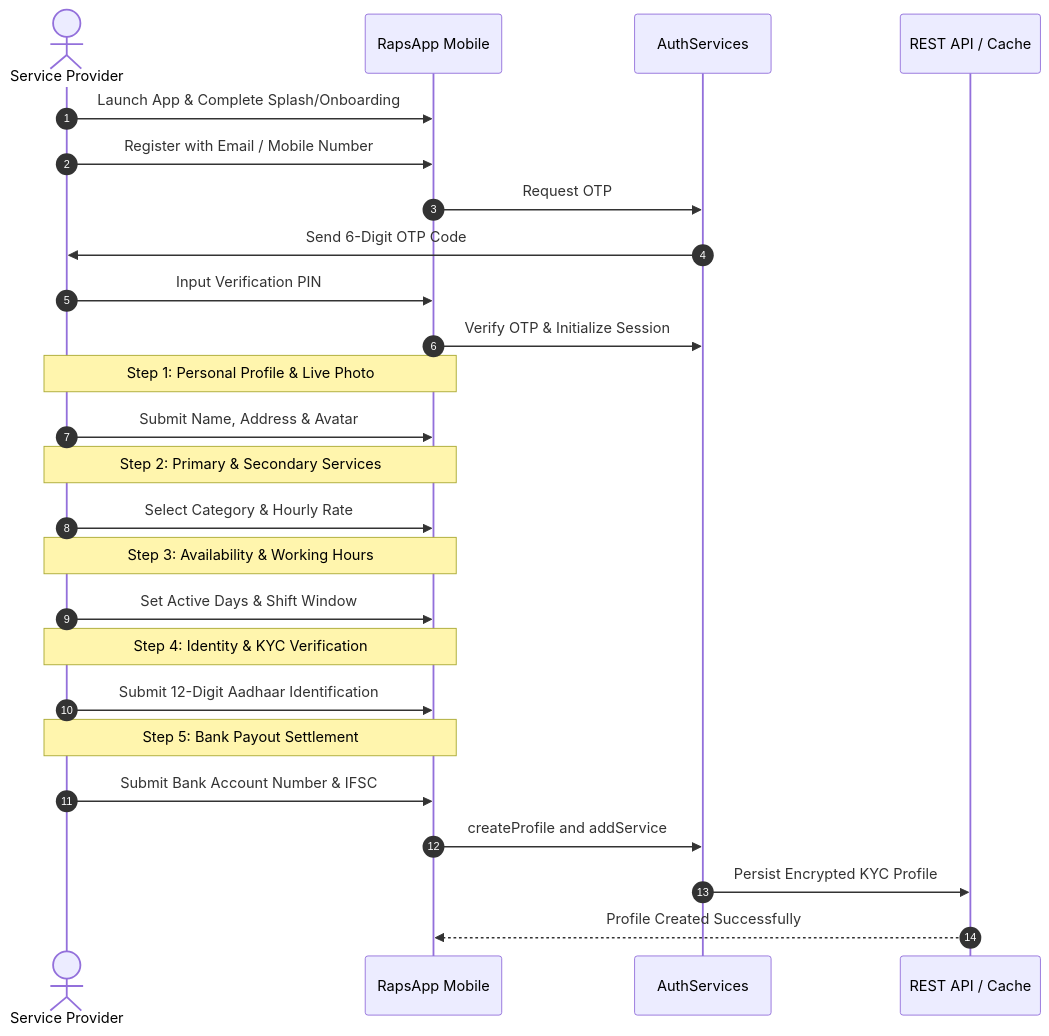
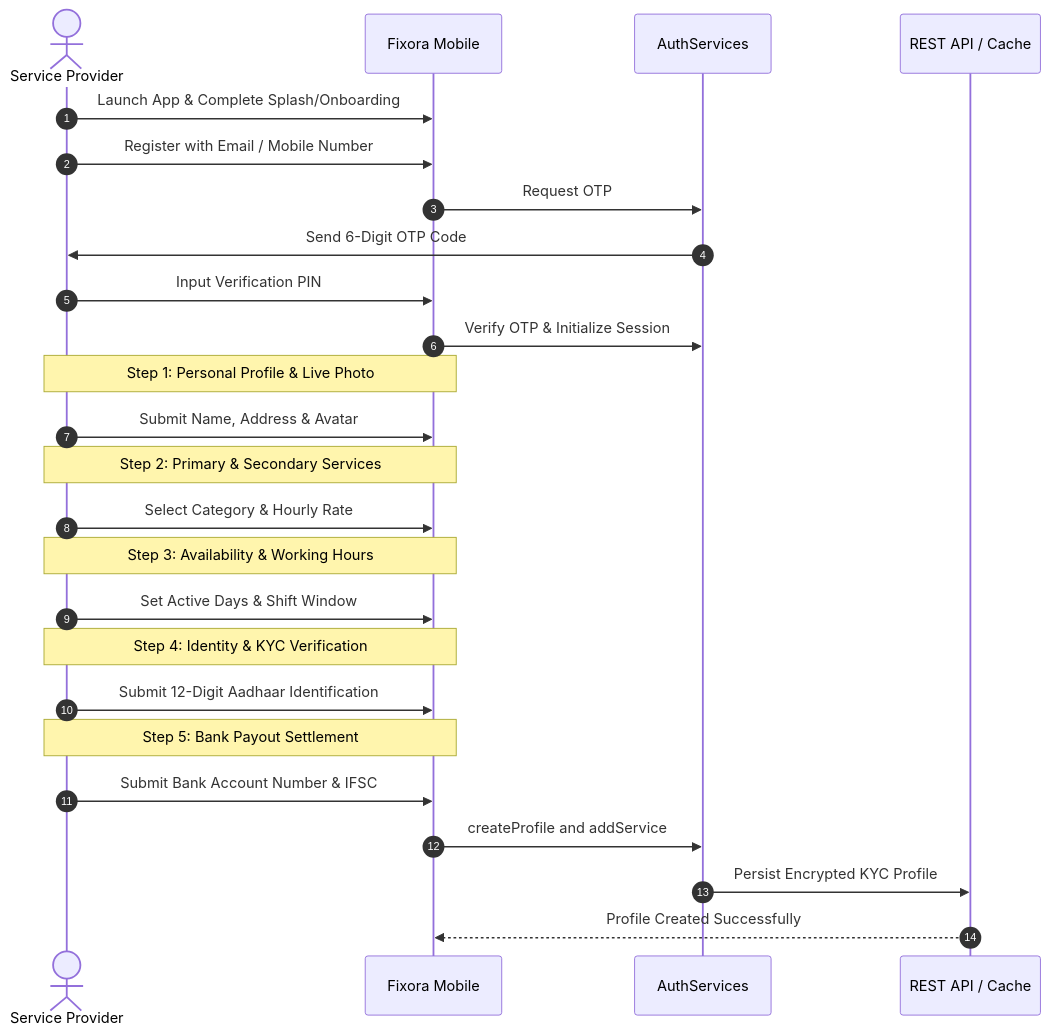
The second of 4 diagrams in README.md (Prakhyat05/Fixora), drawn with Mermaid before and after one commit. The commit also changed other lines of this file and 18 other files, not shown here.

Commit message:
rebrand: rename project from RapsApp to Fixora across entire codebase

````diff
--- a/README.md
+++ b/README.md
@@ -138,33 +138,33 @@
 ```mermaid
 sequenceDiagram
     autonumber
     actor Provider as Service Provider
-    participant App as RapsApp Mobile
+    participant App as Fixora Mobile
     participant Auth as AuthServices
     participant Backend as REST API / Cache
 
     Provider->>App: Launch App & Complete Splash/Onboarding
     Provider->>App: Register with Email / Mobile Number
     App->>Auth: Request OTP
     Auth->>Provider: Send 6-Digit OTP Code
     Provider->>App: Input Verification PIN
     App->>Auth: Verify OTP & Initialize Session
 
     Note over Provider,App: Step 1: Personal Profile & Live Photo
     Provider->>App: Submit Name, Address & Avatar
 
     Note over Provider,App: Step 2: Primary & Secondary Services
     Provider->>App: Select Category & Hourly Rate
 
     Note over Provider,App: Step 3: Availability & Working Hours
     Provider->>App: Set Active Days & Shift Window
 
     Note over Provider,App: Step 4: Identity & KYC Verification
     Provider->>App: Submit 12-Digit Aadhaar Identification
 
     Note over Provider,App: Step 5: Bank Payout Settlement
     Provider->>App: Submit Bank Account Number & IFSC
     App->>Auth: createProfile and addService
     Auth->>Backend: Persist Encrypted KYC Profile
     Backend-->>App: Profile Created Successfully
 ```
````
